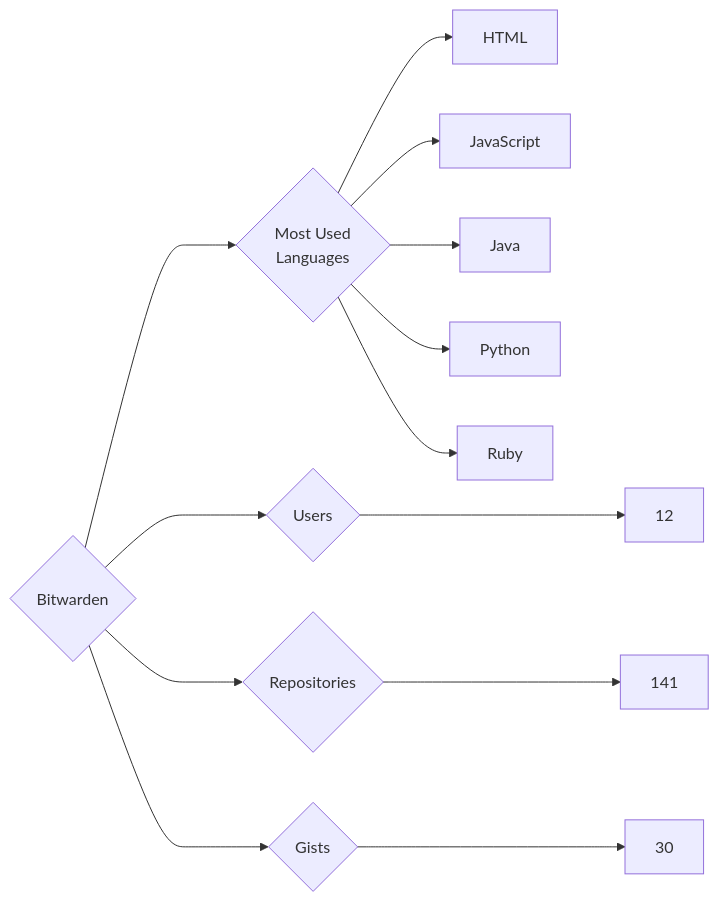
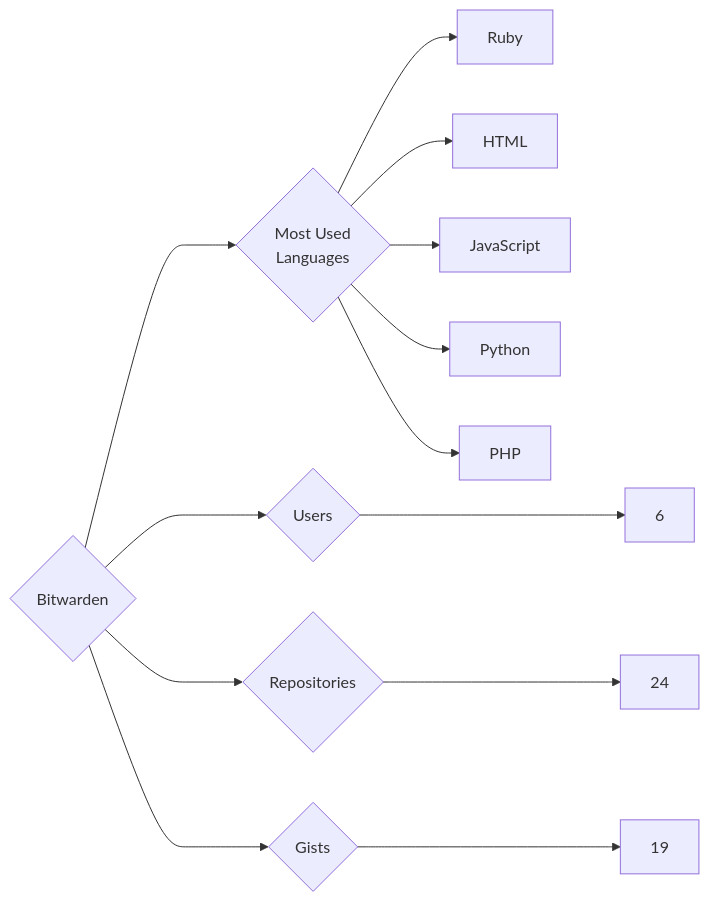
Before and after one commit to trickest/insiders: the diagram in targets/Bitwarden/README.md, drawn with Mermaid. The commit also changed 1023 other files, not shown here.

````diff
--- a/targets/Bitwarden/README.md
+++ b/targets/Bitwarden/README.md
@@ -3,13 +3,13 @@
 ```mermaid
 graph LR
 COMPANY_NAME{Bitwarden}
-COMPANY_NAME ---> U{Users} ---> UN[12]
-COMPANY_NAME ---> R{Repositories} ---> RN[141]
-COMPANY_NAME ---> G{Gists} ---> GN[30]
+COMPANY_NAME ---> U{Users} ---> UN[6]
+COMPANY_NAME ---> R{Repositories} ---> RN[24]
+COMPANY_NAME ---> G{Gists} ---> GN[19]
 COMPANY_NAME ---> ML{Most Used<br>Languages}
+ML --> Ruby[Ruby]
 ML --> HTML[HTML]
 ML --> JavaScript[JavaScript]
-ML --> Java[Java]
 ML --> Python[Python]
-ML --> Ruby[Ruby]
+ML --> PHP[PHP]
 ```
````
